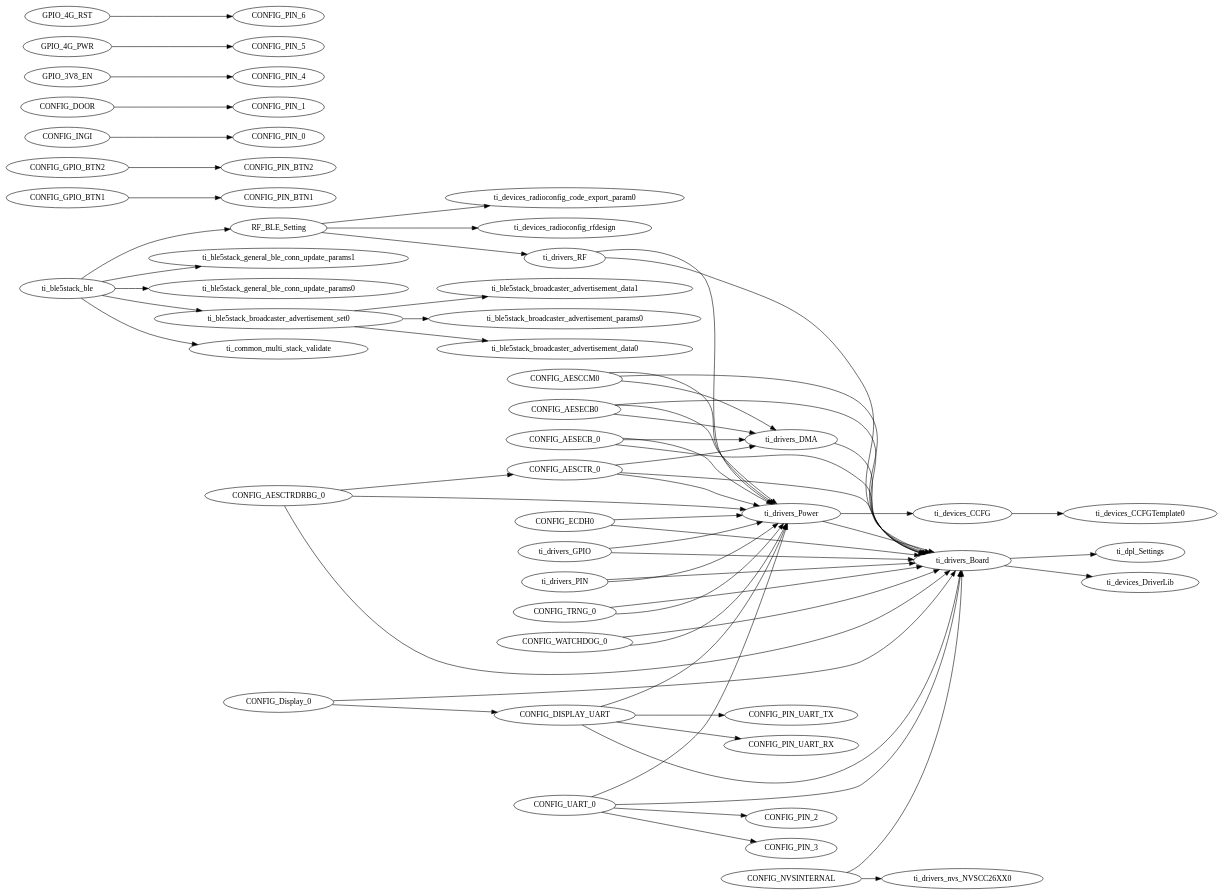
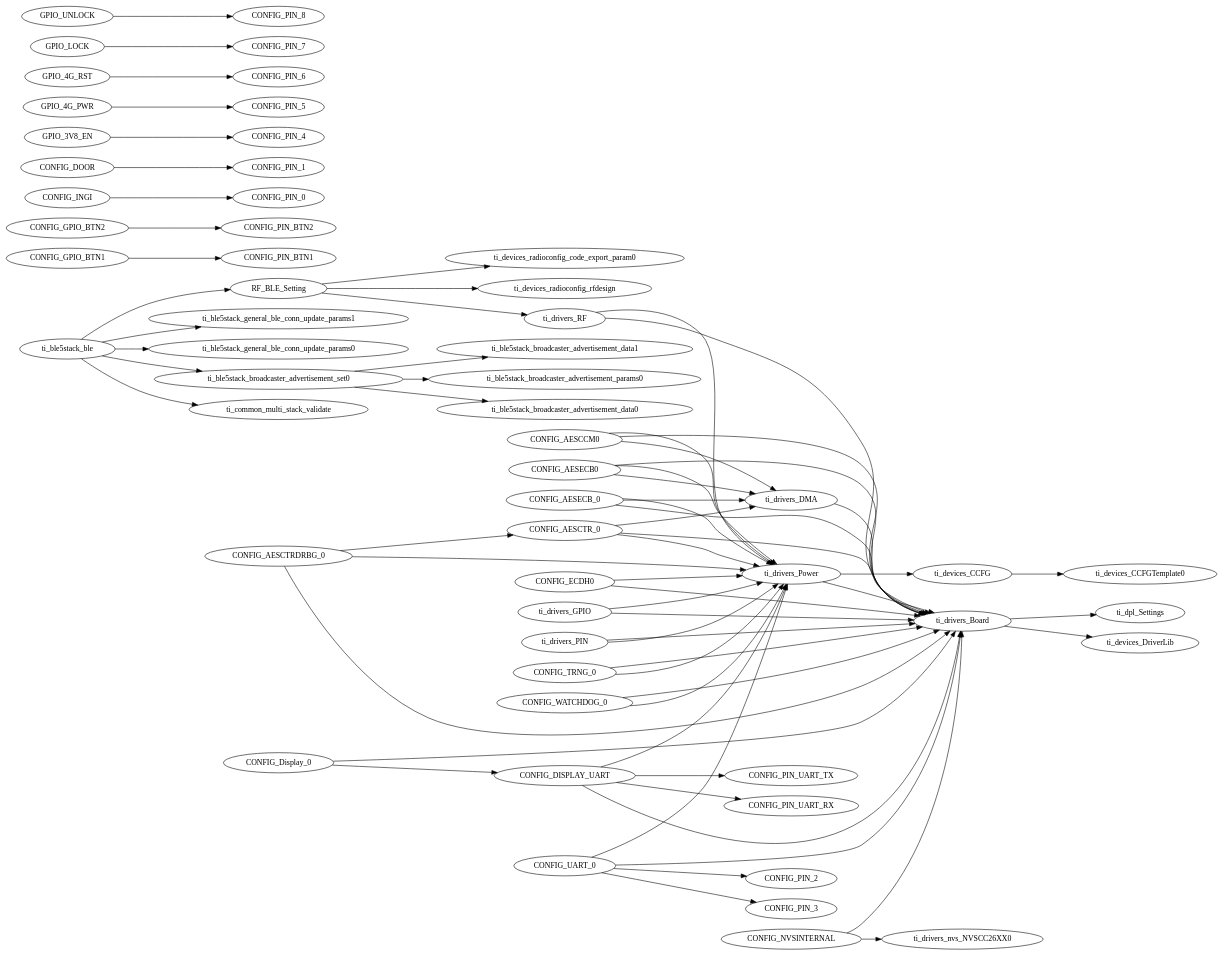
Before and after one commit to weliwang/IS006_OBDII: the diagram in src/IS006_OBDII_multi_role_CC13X2R1_LAUNCHXL_tirtos_ccs/Release/syscfg/ti_utils_runtime_model.gv, drawn with Graphviz. The commit also changed 9 other files, not shown here.

First line of the commit message:
New Feature #1613 [IS006_OBDII]lock and unlock send pulse

```diff
--- a/src/IS006_OBDII_multi_role_CC13X2R1_LAUNCHXL_tirtos_ccs/Release/syscfg/ti_utils_runtime_model.gv
+++ b/src/IS006_OBDII_multi_role_CC13X2R1_LAUNCHXL_tirtos_ccs/Release/syscfg/ti_utils_runtime_model.gv
@@ -1,129 +1,131 @@
 digraph Model
 {
     graph[rankdir=LR]
 
     // mod.$name=/ti/ble5stack/ble
     ti_ble5stack_ble -> ti_common_multi_stack_validate
     ti_ble5stack_ble -> RF_BLE_Setting
     ti_ble5stack_ble -> ti_ble5stack_general_ble_conn_update_params1
     ti_ble5stack_ble -> ti_ble5stack_general_ble_conn_update_params0
     ti_ble5stack_ble -> ti_ble5stack_broadcaster_advertisement_set0
 
     // mod.$name=/ti/ble5stack/broadcaster/advertisement_data
 
     // mod.$name=/ti/ble5stack/broadcaster/advertisement_params
 
     // mod.$name=/ti/ble5stack/broadcaster/advertisement_set
     ti_ble5stack_broadcaster_advertisement_set0 -> ti_ble5stack_broadcaster_advertisement_params0
     ti_ble5stack_broadcaster_advertisement_set0 -> ti_ble5stack_broadcaster_advertisement_data0
     ti_ble5stack_broadcaster_advertisement_set0 -> ti_ble5stack_broadcaster_advertisement_data1
 
     // mod.$name=/ti/ble5stack/general/ble_conn_update_params
 
     // mod.$name=/ti/common/multi_stack_validate
 
     // mod.$name=/ti/devices/CCFG
     ti_devices_CCFG -> ti_devices_CCFGTemplate0
 
     // mod.$name=/ti/devices/CCFGTemplate
 
     // mod.$name=/ti/devices/DriverLib
 
     // mod.$name=/ti/devices/radioconfig/code_export_param
 
     // mod.$name=/ti/devices/radioconfig/rfdesign
 
     // mod.$name=/ti/devices/radioconfig/settings/ble
     RF_BLE_Setting -> ti_drivers_RF
     RF_BLE_Setting -> ti_devices_radioconfig_rfdesign
     RF_BLE_Setting -> ti_devices_radioconfig_code_export_param0
 
     // mod.$name=/ti/display/Display
     CONFIG_Display_0 -> ti_drivers_Board
     CONFIG_Display_0 -> CONFIG_DISPLAY_UART
 
     // mod.$name=/ti/dpl/Settings
 
     // mod.$name=/ti/drivers/AESCCM
     CONFIG_AESCCM0 -> ti_drivers_DMA
     CONFIG_AESCCM0 -> ti_drivers_Power
     CONFIG_AESCCM0 -> ti_drivers_Board
 
     // mod.$name=/ti/drivers/AESCTR
     CONFIG_AESCTR_0 -> ti_drivers_DMA
     CONFIG_AESCTR_0 -> ti_drivers_Power
     CONFIG_AESCTR_0 -> ti_drivers_Board
 
     // mod.$name=/ti/drivers/AESCTRDRBG
     CONFIG_AESCTRDRBG_0 -> ti_drivers_Power
     CONFIG_AESCTRDRBG_0 -> ti_drivers_Board
     CONFIG_AESCTRDRBG_0 -> CONFIG_AESCTR_0
 
     // mod.$name=/ti/drivers/AESECB
     CONFIG_AESECB0 -> ti_drivers_DMA
     CONFIG_AESECB0 -> ti_drivers_Power
     CONFIG_AESECB0 -> ti_drivers_Board
     CONFIG_AESECB_0 -> ti_drivers_DMA
     CONFIG_AESECB_0 -> ti_drivers_Power
     CONFIG_AESECB_0 -> ti_drivers_Board
 
     // mod.$name=/ti/drivers/Board
     ti_drivers_Board -> ti_devices_DriverLib
     ti_drivers_Board -> ti_dpl_Settings
 
     // mod.$name=/ti/drivers/DMA
     ti_drivers_DMA -> ti_drivers_Board
 
     // mod.$name=/ti/drivers/ECDH
     CONFIG_ECDH0 -> ti_drivers_Power
     CONFIG_ECDH0 -> ti_drivers_Board
 
     // mod.$name=/ti/drivers/GPIO
     ti_drivers_GPIO -> ti_drivers_Power
     ti_drivers_GPIO -> ti_drivers_Board
     CONFIG_GPIO_BTN1 -> CONFIG_PIN_BTN1
     CONFIG_GPIO_BTN2 -> CONFIG_PIN_BTN2
     CONFIG_INGI -> CONFIG_PIN_0
     CONFIG_DOOR -> CONFIG_PIN_1
     GPIO_3V8_EN -> CONFIG_PIN_4
     GPIO_4G_PWR -> CONFIG_PIN_5
     GPIO_4G_RST -> CONFIG_PIN_6
+    GPIO_LOCK -> CONFIG_PIN_7
+    GPIO_UNLOCK -> CONFIG_PIN_8
 
     // mod.$name=/ti/drivers/NVS
     CONFIG_NVSINTERNAL -> ti_drivers_Board
     CONFIG_NVSINTERNAL -> ti_drivers_nvs_NVSCC26XX0
 
     // mod.$name=/ti/drivers/PIN
     ti_drivers_PIN -> ti_drivers_Power
     ti_drivers_PIN -> ti_drivers_Board
 
     // mod.$name=/ti/drivers/Power
     ti_drivers_Power -> ti_devices_CCFG
     ti_drivers_Power -> ti_drivers_Board
 
     // mod.$name=/ti/drivers/RF
     ti_drivers_RF -> ti_drivers_Power
     ti_drivers_RF -> ti_drivers_Board
 
     // mod.$name=/ti/drivers/RTOS
 
     // mod.$name=/ti/drivers/TRNG
     CONFIG_TRNG_0 -> ti_drivers_Power
     CONFIG_TRNG_0 -> ti_drivers_Board
 
     // mod.$name=/ti/drivers/UART
     CONFIG_DISPLAY_UART -> ti_drivers_Power
     CONFIG_DISPLAY_UART -> ti_drivers_Board
     CONFIG_UART_0 -> ti_drivers_Power
     CONFIG_UART_0 -> ti_drivers_Board
     CONFIG_DISPLAY_UART -> CONFIG_PIN_UART_TX
     CONFIG_DISPLAY_UART -> CONFIG_PIN_UART_RX
     CONFIG_UART_0 -> CONFIG_PIN_2
     CONFIG_UART_0 -> CONFIG_PIN_3
 
     // mod.$name=/ti/drivers/Watchdog
     CONFIG_WATCHDOG_0 -> ti_drivers_Power
     CONFIG_WATCHDOG_0 -> ti_drivers_Board
 
     // mod.$name=/ti/drivers/nvs/NVSCC26XX
 }
```
